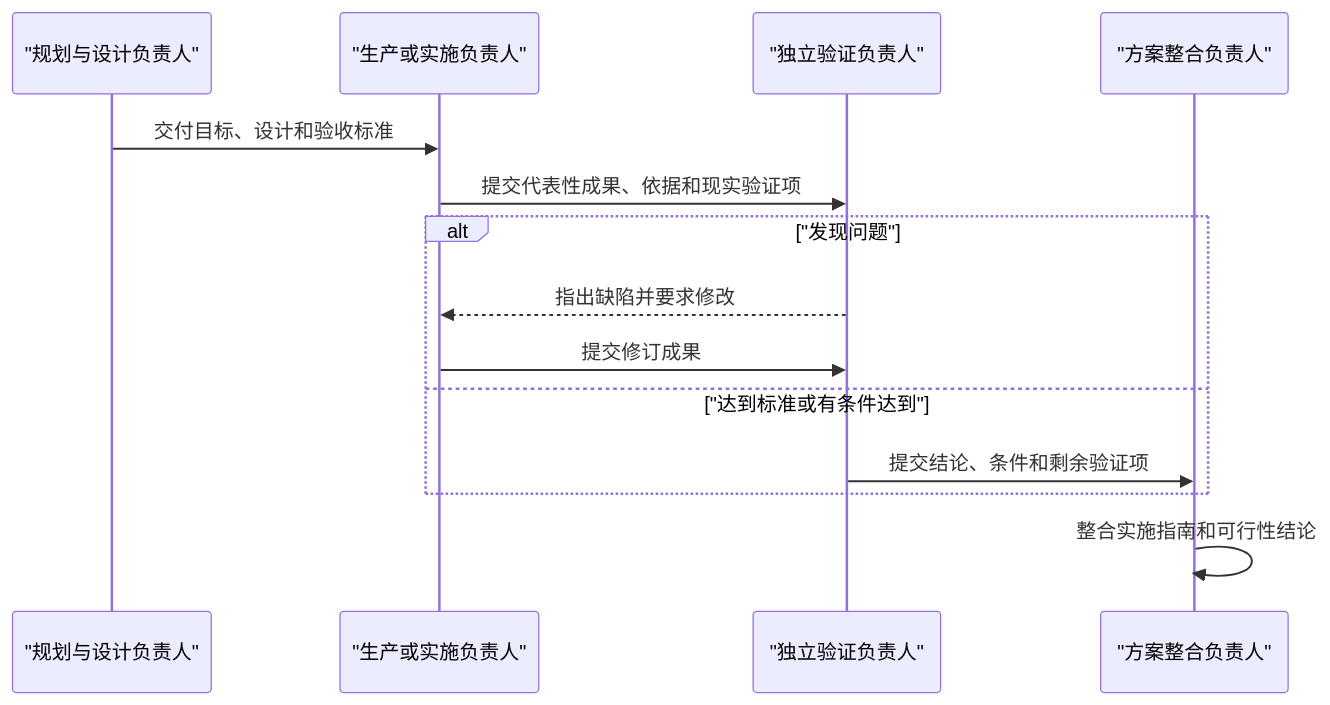
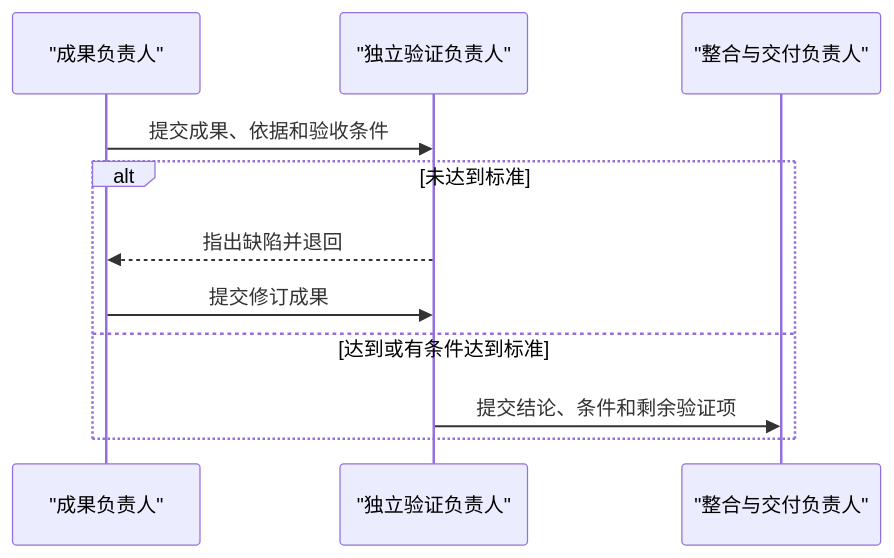
One commit to yantaolu/goal-orchestrator changed the third of 3 diagrams in assets/orchestration-report-template.md. Above: the diagram before and after it, drawn with Mermaid. The commit also changed other lines of this file and 9 other files, not shown here.

````diff
--- a/assets/orchestration-report-template.md
+++ b/assets/orchestration-report-template.md
@@ -72,16 +166,13 @@
 ```mermaid
 sequenceDiagram
-    participant P as "规划与设计负责人"
-    participant B as "生产或实施负责人"
-    participant T as "独立验证负责人"
-    participant I as "方案整合负责人"
-    P->>B: 交付目标、设计和验收标准
-    B->>T: 提交代表性成果、依据和现实验证项
-    alt "发现问题"
-        T-->>B: 指出缺陷并要求修改
-        B->>T: 提交修订成果
-    else "达到标准或有条件达到"
-        T->>I: 提交结论、条件和剩余验证项
+    participant P as "成果负责人"
+    participant V as "独立验证负责人"
+    participant I as "整合与交付负责人"
+    P->>V: 提交成果、依据和验收条件
+    alt 未达到标准
+        V-->>P: 指出缺陷并退回
+        P->>V: 提交修订成果
+    else 达到或有条件达到标准
+        V->>I: 提交结论、条件和剩余验证项
     end
-    I->>I: 整合实施指南和可行性结论
 ```
````
